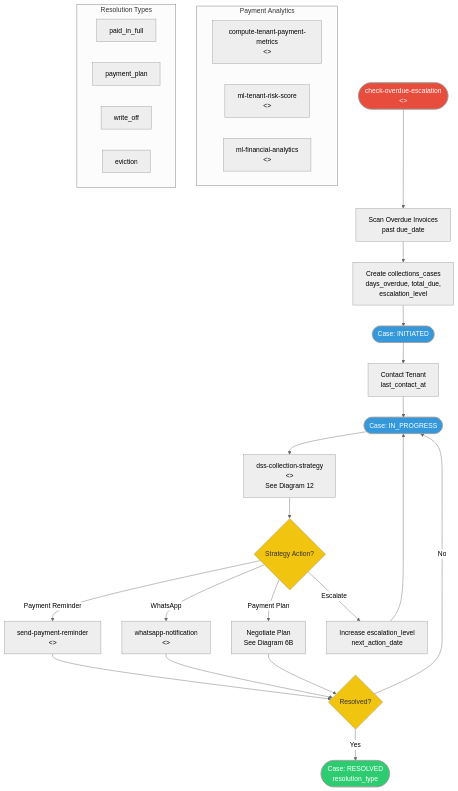
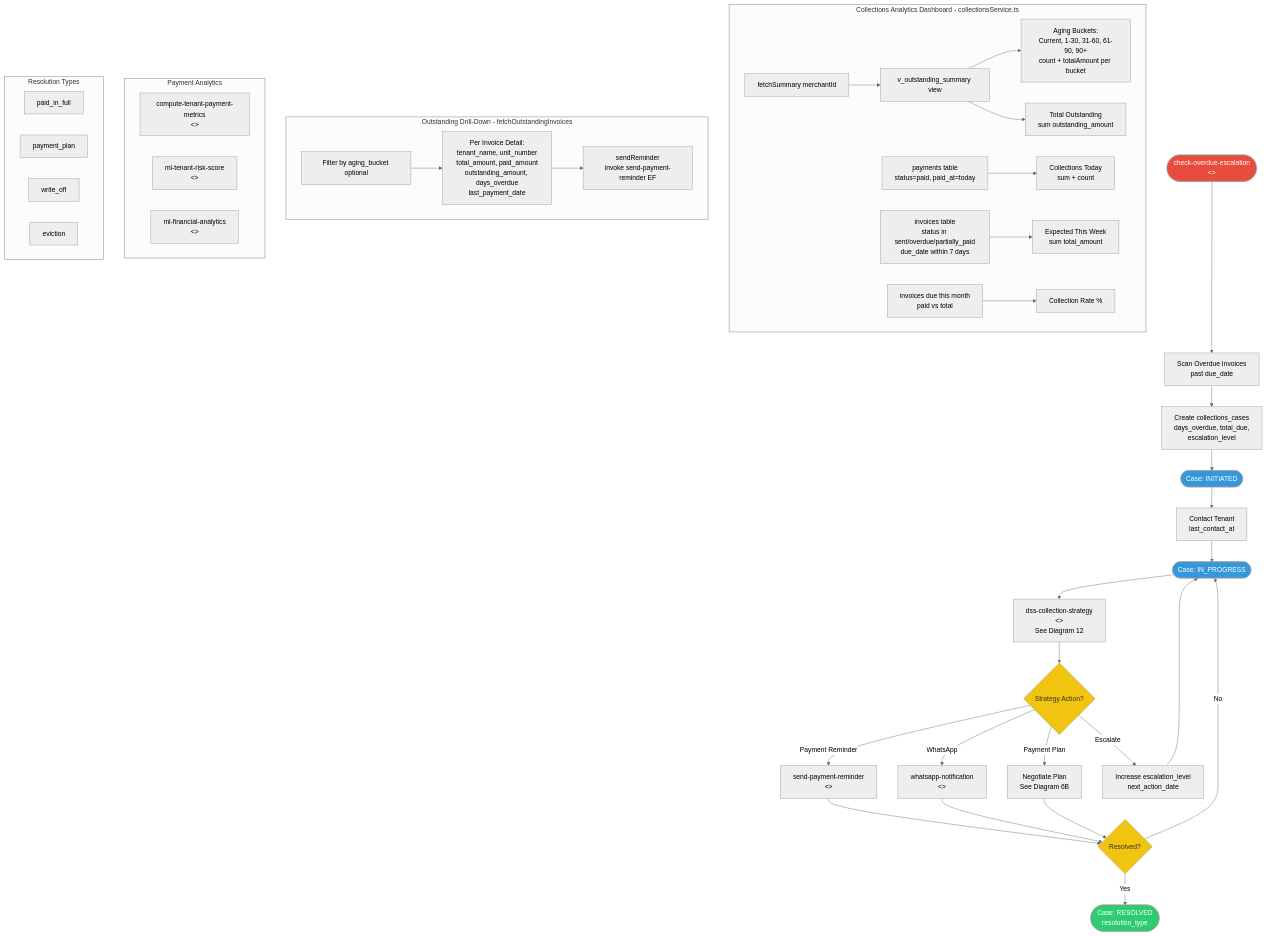
Before and after one commit to itsramaa/Sistem-Hunian: diagram 12 of 24 in old-docs/merchant_activity_diagram.md, drawn with Mermaid (neutral theme). The commit also changed other lines of this file, not shown here.

````diff
--- a/old-docs/merchant_activity_diagram.md
+++ b/old-docs/merchant_activity_diagram.md
@@ -1030,43 +1030,60 @@
 ```mermaid
 flowchart TD
     START(["check-overdue-escalation<br/><<edge function>>"]) --> SCAN[Scan Overdue Invoices<br/>past due_date]
     SCAN --> CREATE_CASE[Create collections_cases<br/>days_overdue, total_due,<br/>escalation_level]
     CREATE_CASE --> INITIATED([Case: INITIATED])
 
     INITIATED --> CONTACT[Contact Tenant<br/>last_contact_at]
     CONTACT --> IN_PROGRESS([Case: IN_PROGRESS])
 
     IN_PROGRESS --> STRATEGY["dss-collection-strategy<br/><<edge function>><br/>See Diagram 12"]
     STRATEGY --> ACTION{Strategy Action?}
     ACTION -->|Payment Reminder| REMINDER["send-payment-reminder<br/><<edge function>>"]
     ACTION -->|WhatsApp| WA["whatsapp-notification<br/><<edge function>>"]
     ACTION -->|Payment Plan| PLAN[Negotiate Plan<br/>See Diagram 6B]
     ACTION -->|Escalate| ESCALATE[Increase escalation_level<br/>next_action_date]
     ESCALATE --> IN_PROGRESS
 
     REMINDER --> RESULT{Resolved?}
     WA --> RESULT
     PLAN --> RESULT
     RESULT -->|Yes| RESOLVED([Case: RESOLVED<br/>resolution_type])
     RESULT -->|No| IN_PROGRESS
 
+    subgraph AGING_DASHBOARD [Collections Analytics Dashboard - collectionsService.ts]
+        FETCH_SUMMARY[fetchSummary merchantId] --> AGING_VIEW[v_outstanding_summary view]
+        AGING_VIEW --> BUCKETS[Aging Buckets:<br/>Current, 1-30, 31-60, 61-90, 90+<br/>count + totalAmount per bucket]
+        AGING_VIEW --> TOTAL_OUT[Total Outstanding<br/>sum outstanding_amount]
+        
+        TODAY_PAY[payments table<br/>status=paid, paid_at=today] --> COLL_TODAY[Collections Today<br/>sum + count]
+        
+        WEEK_INV[invoices table<br/>status in sent/overdue/partially_paid<br/>due_date within 7 days] --> EXPECTED[Expected This Week<br/>sum total_amount]
+        
+        MONTH_RATE[invoices due this month<br/>paid vs total] --> RATE[Collection Rate %]
+    end
+
+    subgraph DRILL_DOWN [Outstanding Drill-Down - fetchOutstandingInvoices]
+        DD_FETCH[Filter by aging_bucket optional] --> DD_LIST[Per Invoice Detail:<br/>tenant_name, unit_number<br/>total_amount, paid_amount<br/>outstanding_amount, days_overdue<br/>last_payment_date]
+        DD_LIST --> DD_REMIND[sendReminder<br/>invoke send-payment-reminder EF]
+    end
+
     subgraph ANALYTICS [Payment Analytics]
         METRICS["compute-tenant-payment-metrics<br/><<edge function>>"]
         RISK_SCORE["ml-tenant-risk-score<br/><<edge function>>"]
         FIN_ANALYTICS["ml-financial-analytics<br/><<edge function>>"]
     end
 
     subgraph RESOLUTION_TYPES [Resolution Types]
         R1[paid_in_full]
         R2[payment_plan]
         R3[write_off]
         R4[eviction]
     end
 
     style START fill:#e74c3c,color:#fff
     style RESOLVED fill:#2ecc71,color:#fff
     style INITIATED fill:#3498db,color:#fff
     style IN_PROGRESS fill:#3498db,color:#fff
     style ACTION fill:#f1c40f,color:#333
     style RESULT fill:#f1c40f,color:#333
 ```
````
